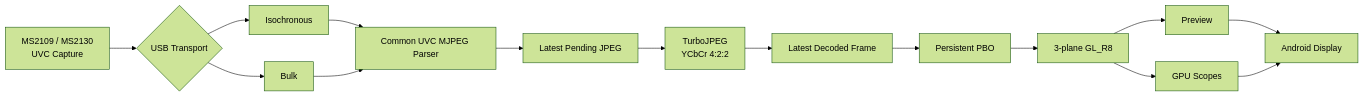
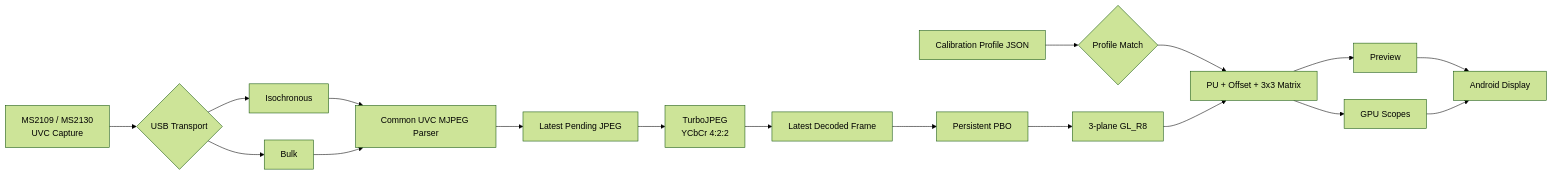
One commit to hrock666/Android-UVC-Field-Monitor changed the diagram in README.md. Above: the diagram before and after it, drawn with Mermaid (forest theme). The commit also changed other lines of this file, not shown here.

````diff
--- a/README.md
+++ b/README.md
@@ -99,23 +165,28 @@
 ```mermaid
 flowchart LR
     A[MS2109 / MS2130<br/>UVC Capture]
     B{USB Transport}
     C[Isochronous]
     D[Bulk]
     E[Common UVC MJPEG Parser]
     F[Latest Pending JPEG]
     G[TurboJPEG<br/>YCbCr 4:2:2]
     H[Latest Decoded Frame]
     I[Persistent PBO]
     J[3-plane GL_R8]
-    K[Preview]
-    L[GPU Scopes]
-    M[Android Display]
+    K{Profile Match}
+    L[PU + Offset + 3x3 Matrix]
+    M[Preview]
+    N[GPU Scopes]
+    O[Android Display]
+    P[Calibration Profile JSON]
 
     A --> B
     B --> C --> E
     B --> D --> E
     E --> F --> G --> H --> I --> J
-    J --> K --> M
-    J --> L --> M
+    P --> K
+    K --> L
+    J --> L --> M --> O
+    L --> N --> O
 ```
````
